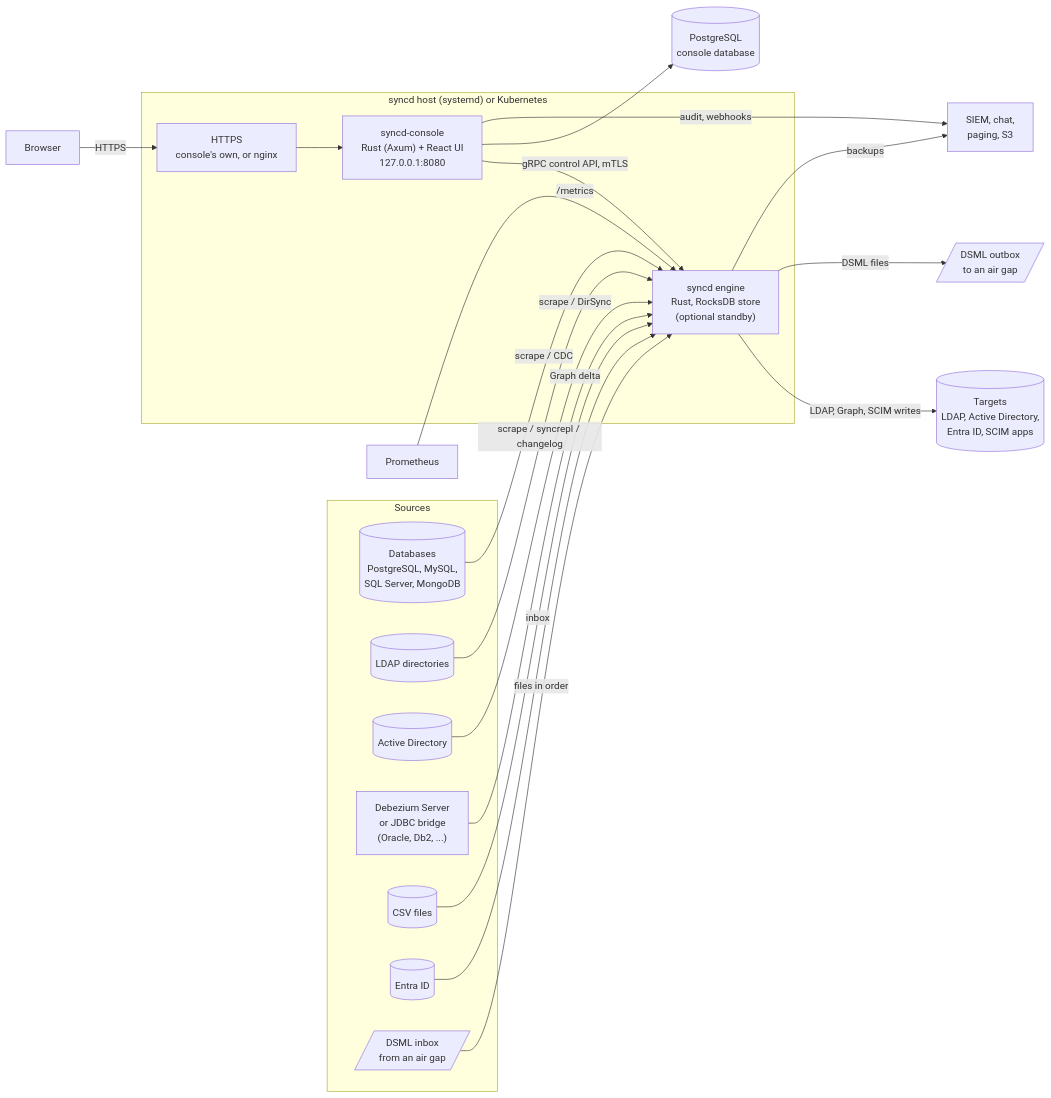
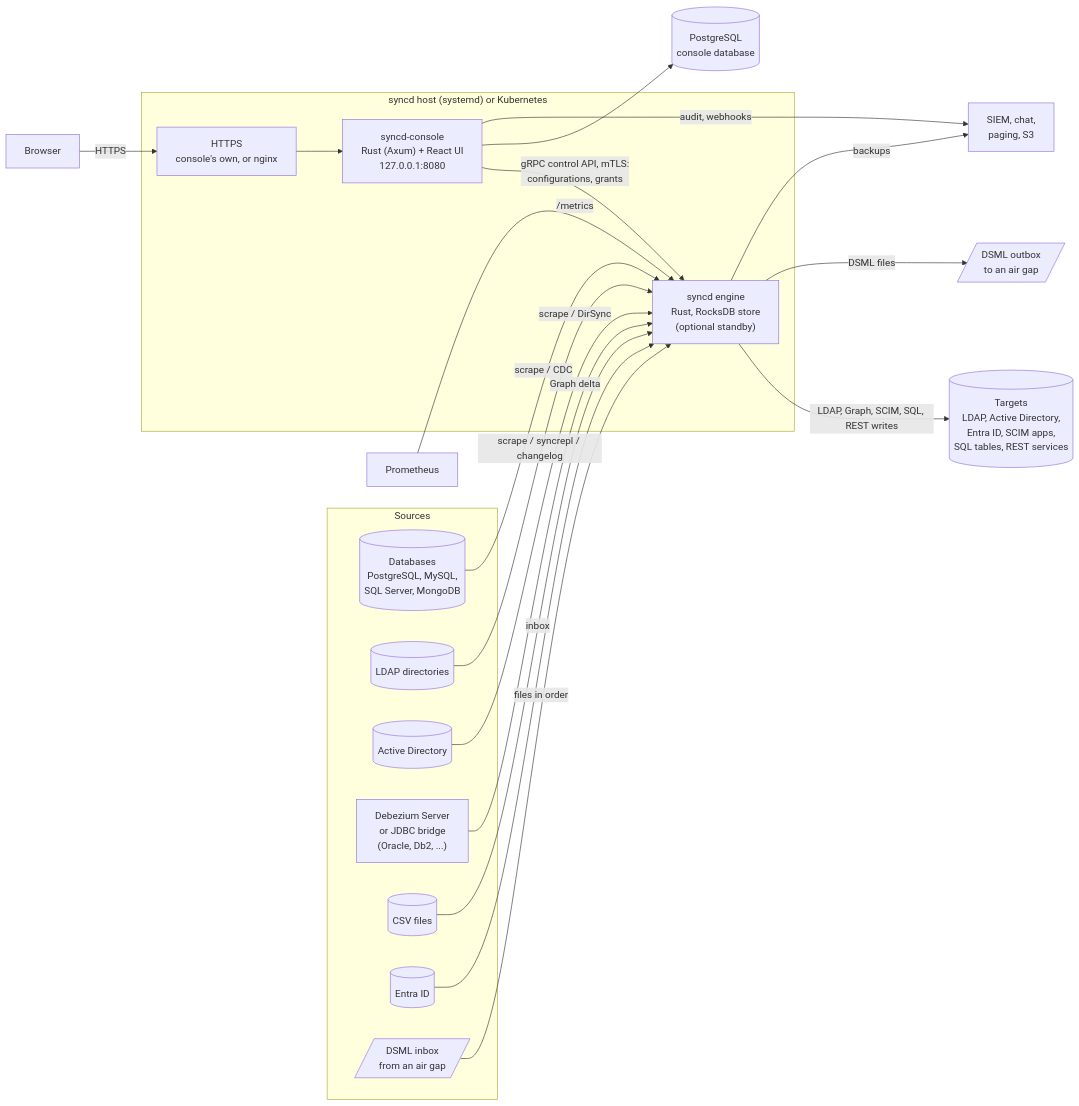
The diagram in docs/syncd/index.md (winllc/ens-apps-documentation), drawn with Mermaid before and after one commit. The commit also changed other lines of this file and 23 other files, not shown here.

````diff
--- a/docs/syncd/index.md
+++ b/docs/syncd/index.md
@@ -117,41 +139,41 @@
 ```mermaid
 flowchart LR
     subgraph Sources
         DB[(Databases<br/>PostgreSQL, MySQL,<br/>SQL Server, MongoDB)]
         LD[(LDAP directories)]
         AD[(Active Directory)]
         DBZ["Debezium Server<br/>or JDBC bridge<br/>(Oracle, Db2, ...)"]
         CSV[(CSV files)]
         ENS[(Entra ID)]
         IN[/DSML inbox<br/>from an air gap/]
     end
 
     subgraph Host["syncd host (systemd) or Kubernetes"]
         E["syncd engine<br/>Rust, RocksDB store<br/>(optional standby)"]
         C["syncd-console<br/>Rust (Axum) + React UI<br/>127.0.0.1:8080"]
         N[HTTPS<br/>console's own, or nginx]
     end
 
     PG[(PostgreSQL<br/>console database)]
-    T[(Targets<br/>LDAP, Active Directory,<br/>Entra ID, SCIM apps)]
+    T[(Targets<br/>LDAP, Active Directory,<br/>Entra ID, SCIM apps,<br/>SQL tables, REST services)]
     OUT[/DSML outbox<br/>to an air gap/]
     P[Prometheus]
     W[SIEM, chat,<br/>paging, S3]
     B[Browser]
 
     DB -->|scrape / CDC| E
     LD -->|scrape / syncrepl / changelog| E
     AD -->|scrape / DirSync| E
     DBZ --> E
     CSV -->|inbox| E
     ENS -->|Graph delta| E
-    E -->|LDAP, Graph, SCIM writes| T
+    E -->|LDAP, Graph, SCIM, SQL, REST writes| T
     IN -->|files in order| E
     E -->|DSML files| OUT
-    C -->|"gRPC control API, mTLS"| E
+    C -->|"gRPC control API, mTLS:<br/>configurations, grants"| E
     C --> PG
     B -->|HTTPS| N --> C
     P -->|/metrics| E
     C -->|audit, webhooks| W
     E -->|backups| W
 ```
````
